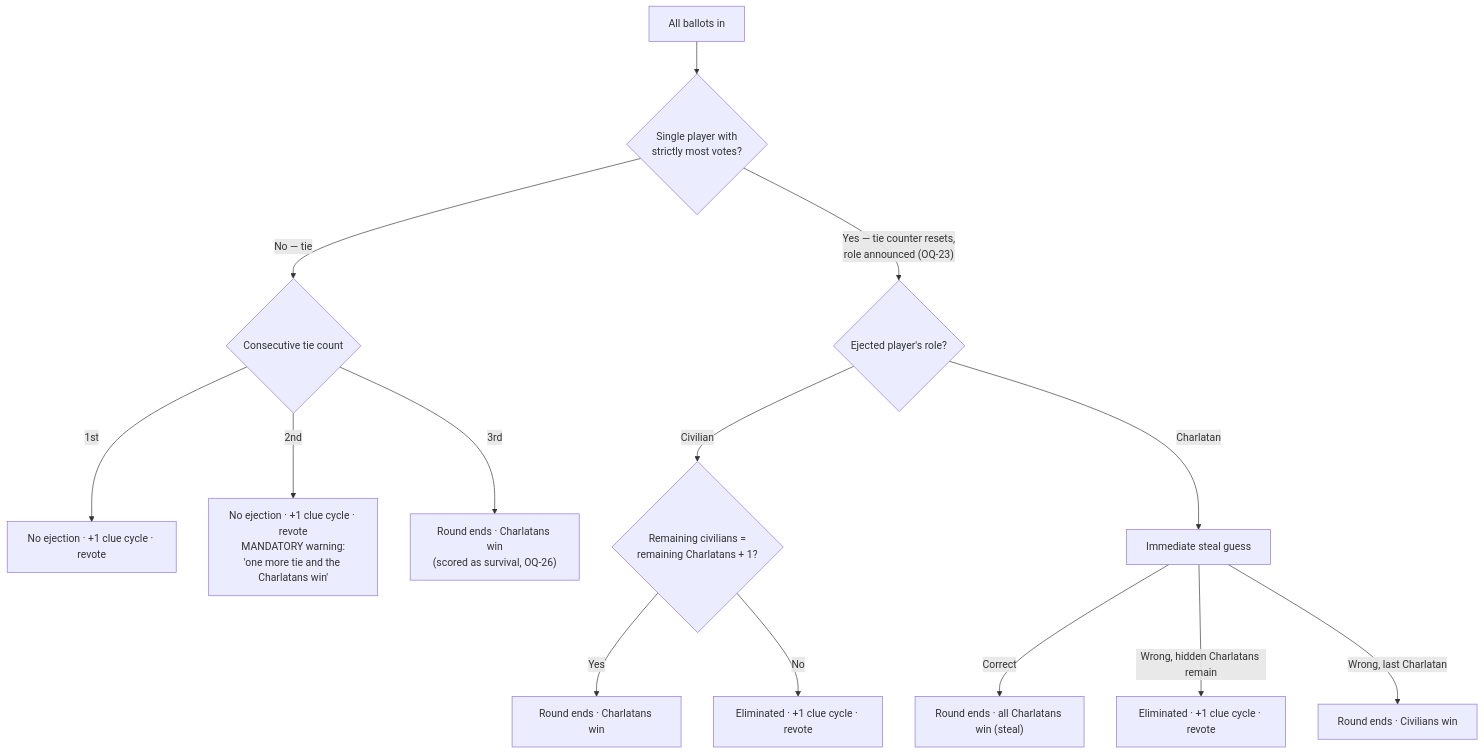
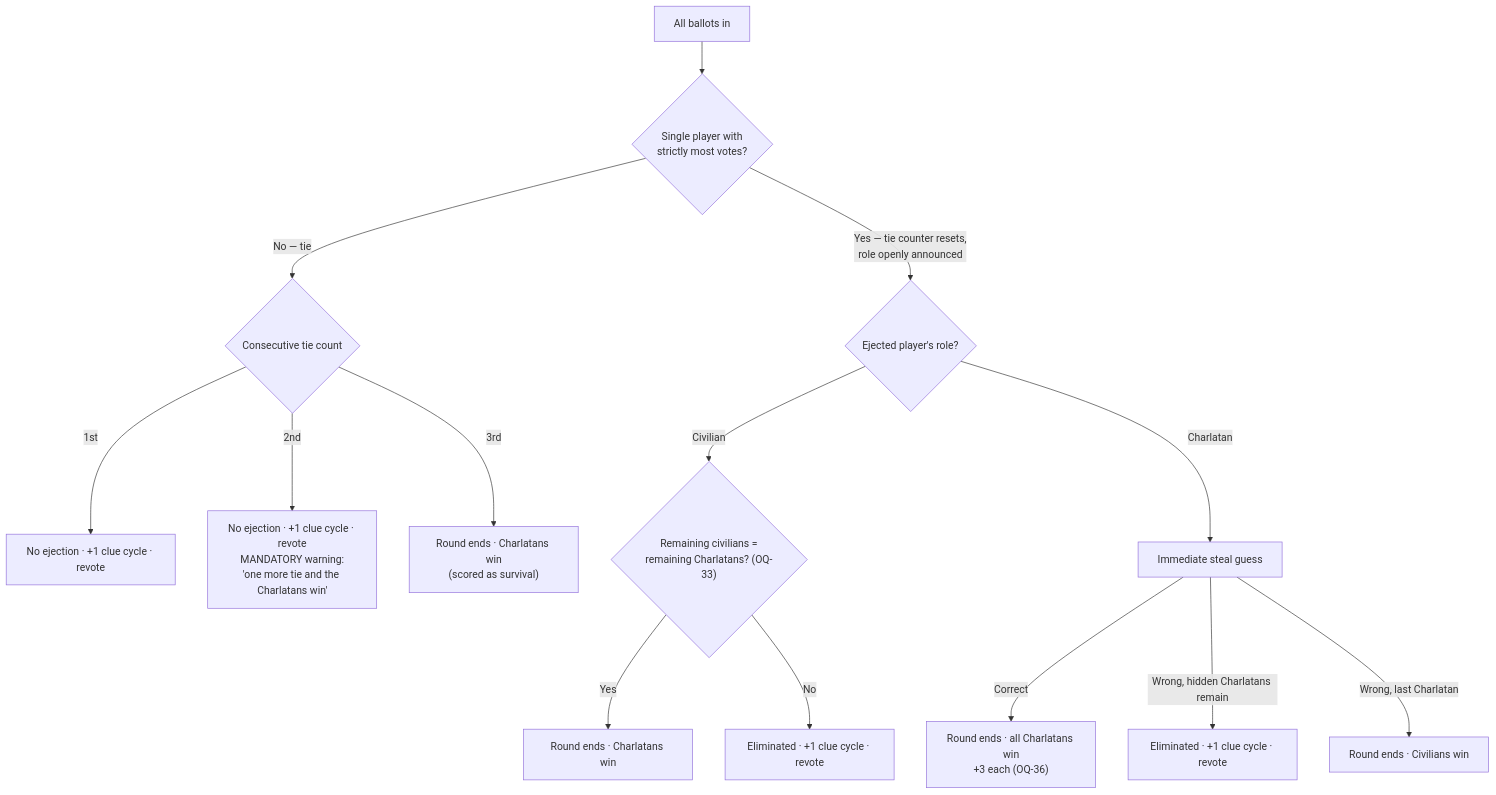
Before and after one commit to jalieven/charlatan: the fourth of 4 diagrams in docs/02-flows.md, drawn with Mermaid. The commit also changed other lines of this file and 4 other files, not shown here.

````diff
--- a/docs/02-flows.md
+++ b/docs/02-flows.md
@@ -101,16 +106,16 @@
 ```mermaid
 flowchart TD
     A["All ballots in"] --> B{"Single player with<br/>strictly most votes?"}
     B -->|No — tie| T{"Consecutive tie count"}
     T -->|"1st"| C1["No ejection · +1 clue cycle · revote"]
     T -->|"2nd"| C2["No ejection · +1 clue cycle · revote<br/>MANDATORY warning:<br/>'one more tie and the Charlatans win'"]
-    T -->|"3rd"| C3["Round ends · Charlatans win<br/>(scored as survival, OQ-26)"]
-    B -->|"Yes — tie counter resets,<br/>role announced (OQ-23)"| D{"Ejected player's role?"}
-    D -->|Civilian| E{"Remaining civilians =<br/>remaining Charlatans + 1?"}
+    T -->|"3rd"| C3["Round ends · Charlatans win<br/>(scored as survival)"]
+    B -->|"Yes — tie counter resets,<br/>role openly announced"| D{"Ejected player's role?"}
+    D -->|Civilian| E{"Remaining civilians =<br/>remaining Charlatans? (OQ-33)"}
     E -->|Yes| F["Round ends · Charlatans win"]
     E -->|No| G["Eliminated · +1 clue cycle · revote"]
     D -->|Charlatan| I["Immediate steal guess"]
-    I -->|Correct| J["Round ends · all Charlatans win (steal)"]
+    I -->|Correct| J["Round ends · all Charlatans win<br/>+3 each (OQ-36)"]
     I -->|"Wrong, hidden Charlatans remain"| K["Eliminated · +1 clue cycle · revote"]
     I -->|"Wrong, last Charlatan"| L["Round ends · Civilians win"]
 ```
````
